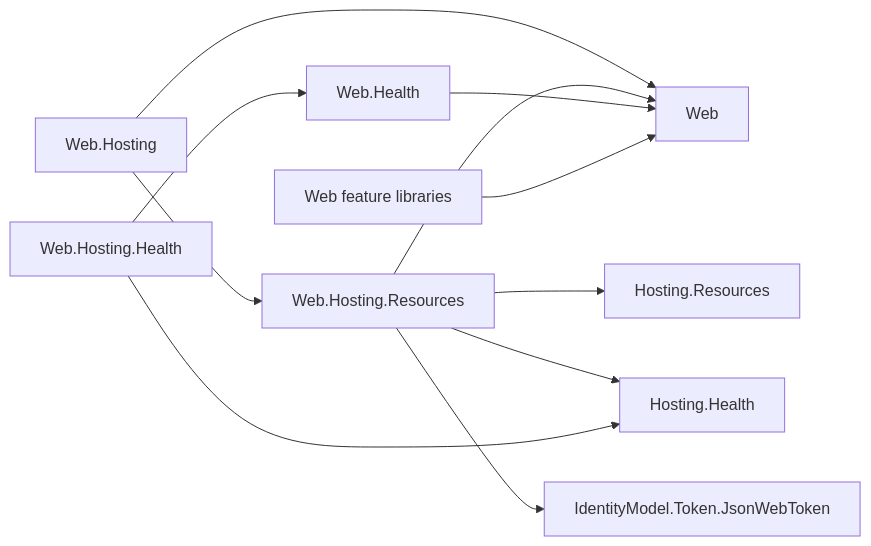
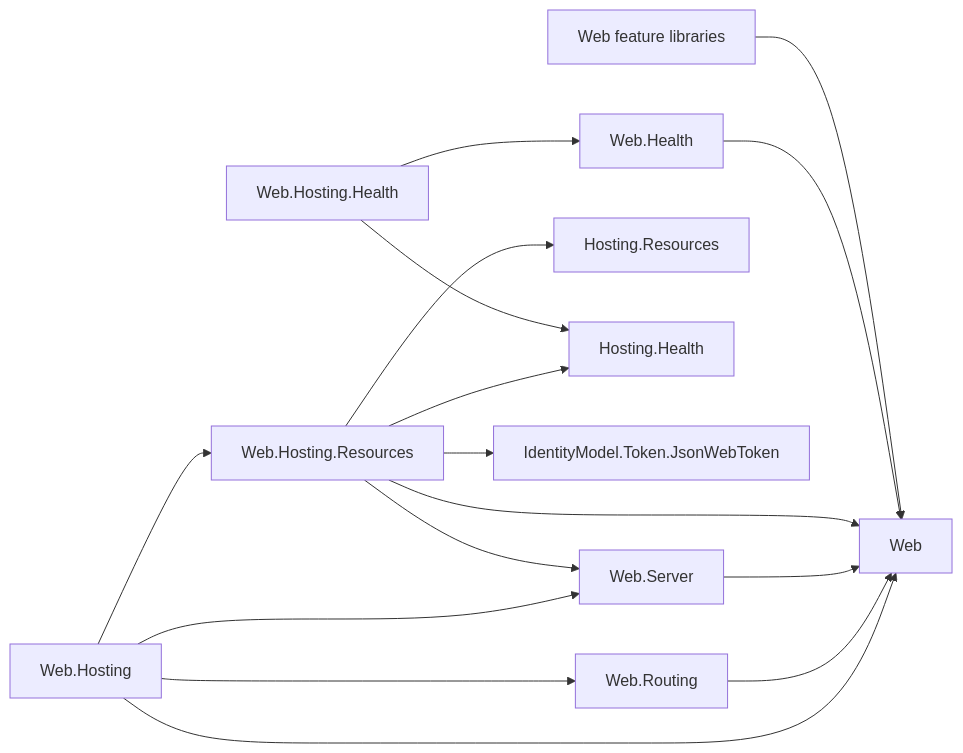
Before and after one commit to assimalign/cohesion: the diagram in resources/Web/README.md, drawn with Mermaid. The commit also changed other lines of this file and 75 other files, not shown here.

````diff
--- a/resources/Web/README.md
+++ b/resources/Web/README.md
@@ -99,13 +107,18 @@
 ```mermaid
 flowchart LR
     Host["Web.Hosting"] --> Root["Web"]
+    Host --> Routing["Web.Routing"]
+    Host --> Server["Web.Server"]
     Host --> Resources["Web.Hosting.Resources"]
+    Routing --> Root
+    Server --> Root
     Resources --> Root
+    Resources --> Server
     Resources --> HR["Hosting.Resources"]
     Resources --> HH["Hosting.Health"]
     Resources --> JWT["IdentityModel.Token.JsonWebToken"]
     Adapter["Web.Hosting.Health"] --> Health["Web.Health"]
     Adapter --> HH
     Health --> Root
     Feature["Web feature libraries"] --> Root
 ```
````
